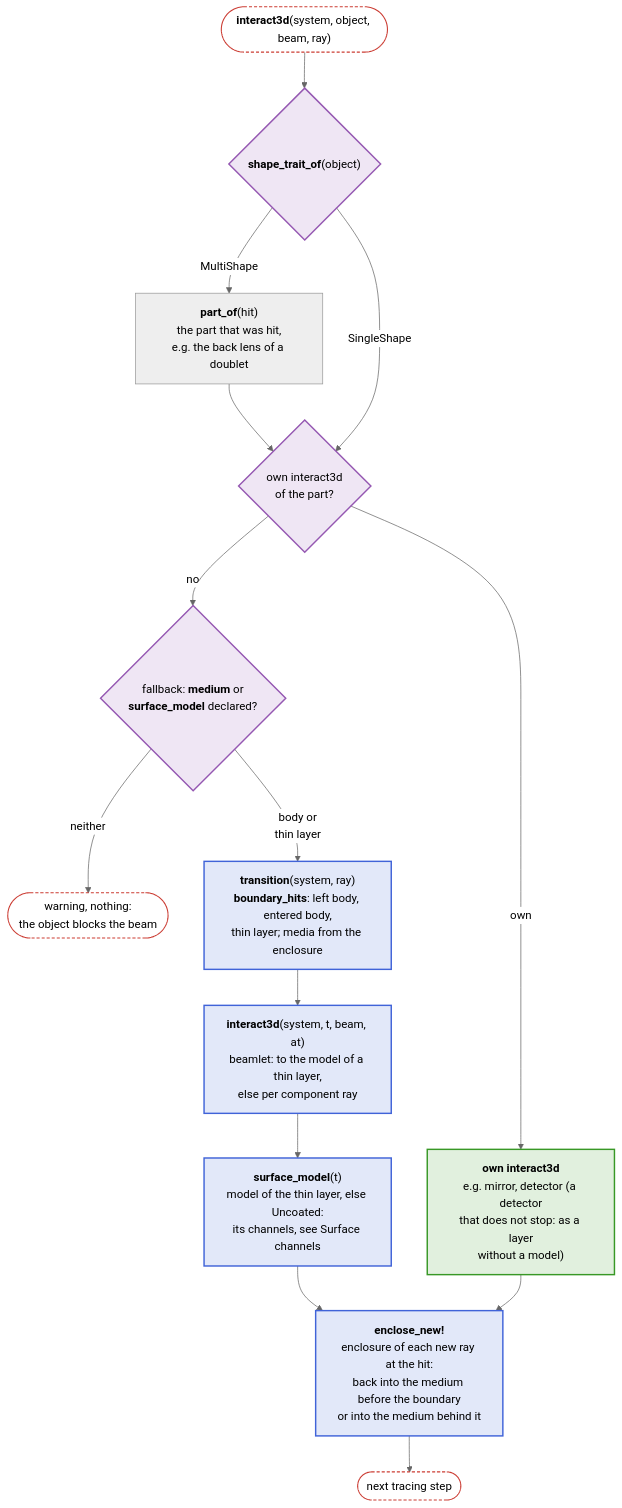
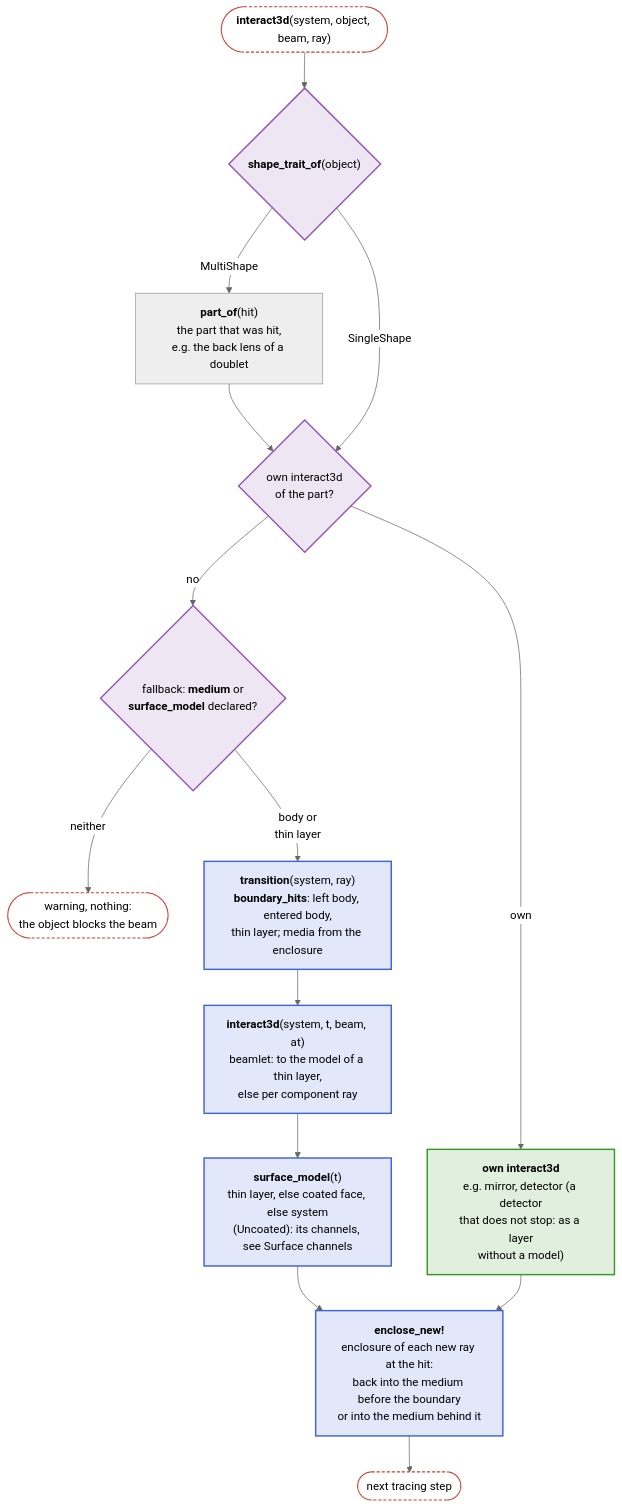
The fourth of 8 diagrams in docs/src/api/core.md (JuliaPhysics/BeamletOptics.jl), drawn with Mermaid (neutral theme) before and after one commit. The commit also changed other lines of this file and 22 other files, not shown here.

````diff
--- a/docs/src/api/core.md
+++ b/docs/src/api/core.md
@@ -198,33 +198,33 @@
 ```mermaid
 flowchart TB
     IA(["<b>interact3d</b>(system, object, beam, ray)"])
     MS{"<b>shape_trait_of</b>(object)"}
     PO["<b>part_of</b>(hit)<br/>the part that was hit,<br/>e.g. the back lens of a doublet"]
     K{"own interact3d<br/>of the part?"}
     HK{"fallback: <b>medium</b> or<br/><b>surface_model</b> declared?"}
     W(["warning, nothing:<br/>the object blocks the beam"])
     TR["<b>transition</b>(system, ray)<br/><b>boundary_hits</b>: left body, entered body,<br/>thin layer; media from the enclosure"]
     BOUND["<b>interact3d</b>(system, t, beam, at)<br/>beamlet: to the model of a thin layer,<br/>else per component ray"]
-    SM["<b>surface_model</b>(t)<br/>model of the thin layer, else Uncoated:<br/>its channels, see Surface channels"]
+    SM["<b>surface_model</b>(t)<br/>thin layer, else coated face, else system<br/>(Uncoated): its channels, see Surface channels"]
     OWN["<b>own interact3d</b><br/>e.g. mirror, detector (a detector<br/>that does not stop: as a layer<br/>without a model)"]
     ENC["<b>enclose_new!</b><br/>enclosure of each new ray at the hit:<br/>back into the medium before the boundary<br/>or into the medium behind it"]
     E([next tracing step])
 
     IA --> MS
     MS -- MultiShape --> PO --> K
     MS -- SingleShape --> K
     K -- "no" --> HK
     HK -- "neither" --> W
     HK -- "body or<br/>thin layer" --> TR --> BOUND --> SM --> ENC
     K -- "own" --> OWN --> ENC
     ENC --> E
 
     classDef blue fill:#4063D826,stroke:#4063D8,stroke-width:2px
     classDef green fill:#38982626,stroke:#389826,stroke-width:2px
     classDef purple fill:#9558B226,stroke:#9558B2,stroke-width:2px
     classDef terminal fill:transparent,stroke:#CB3C33,stroke-width:1.5px,stroke-dasharray:4 3
     class TR,BOUND,SM,ENC blue
     class OWN green
     class MS,K,HK purple
     class IA,E,W terminal
 ```
````
